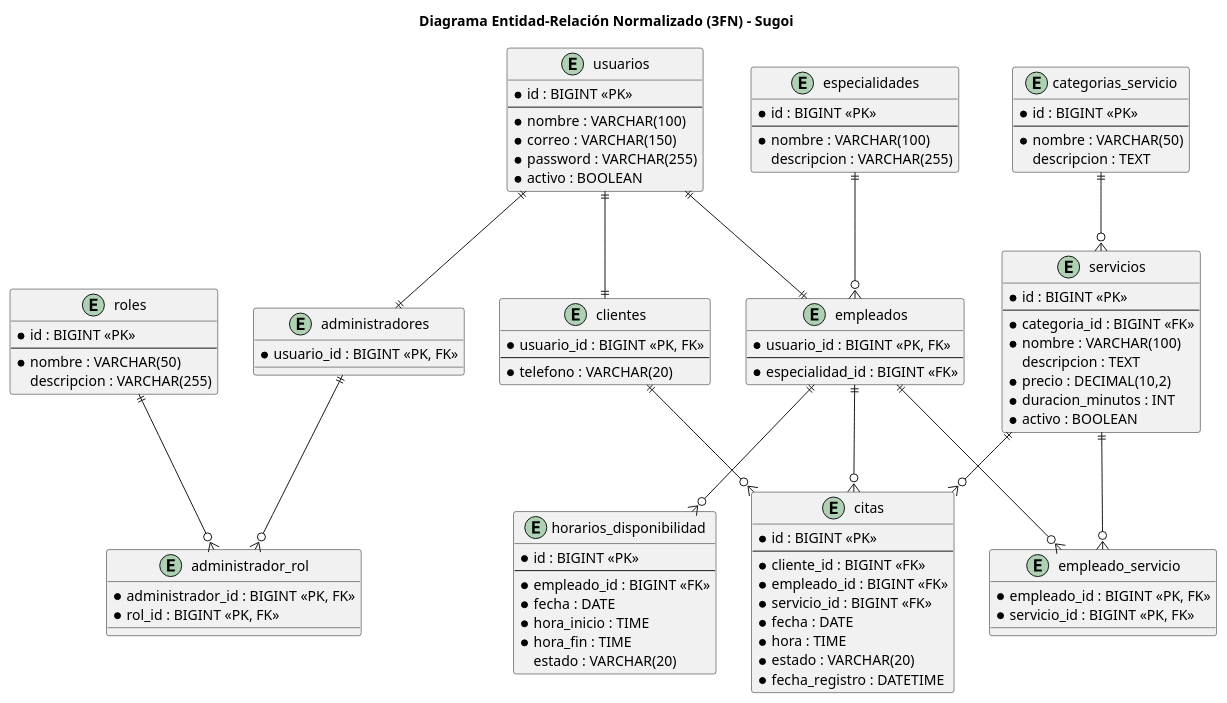
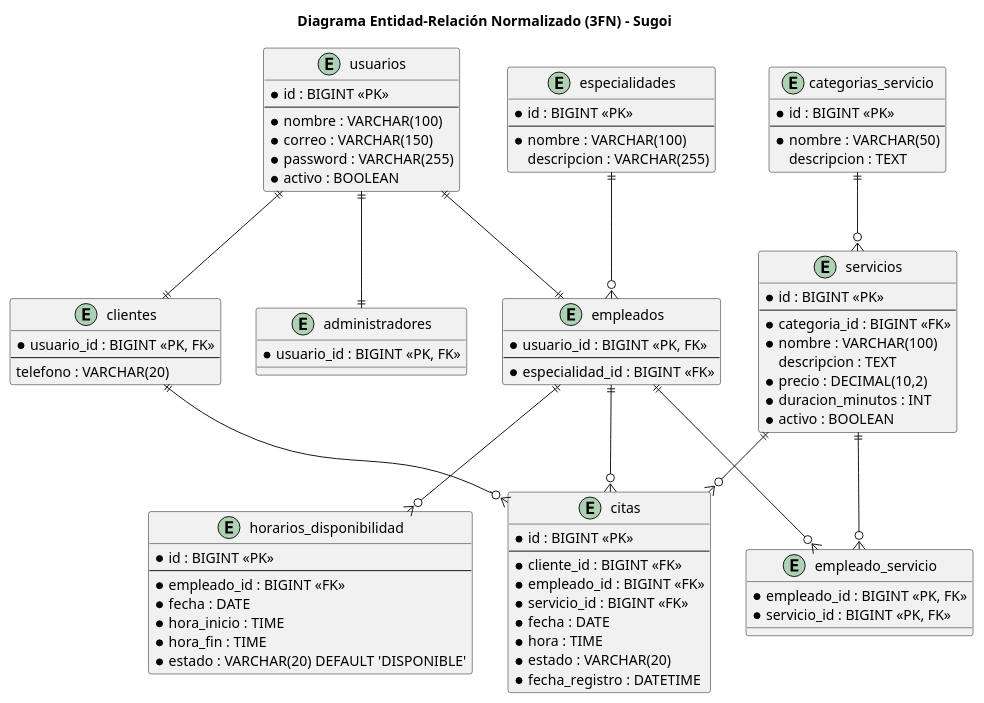
The diagram in diagramas/diagrama_bd.puml (unice786/Plataforma-para-Gestion-de-Citas), drawn with PlantUML before and after one commit. The commit also changed 19 other files, not shown here.

```diff
--- a/diagramas/diagrama_bd.puml
+++ b/diagramas/diagrama_bd.puml
@@ -1,111 +1,97 @@
 @startuml
 title Diagrama Entidad-Relación Normalizado (3FN) - Sugoi
 
 entity "usuarios" as usuarios {
   * id : BIGINT <<PK>>
   --
   * nombre : VARCHAR(100)
   * correo : VARCHAR(150)
   * password : VARCHAR(255)
   * activo : BOOLEAN
 }
 
 entity "clientes" as clientes {
   * usuario_id : BIGINT <<PK, FK>>
   --
-  * telefono : VARCHAR(20)
+  telefono : VARCHAR(20)
 }
 
 entity "especialidades" as especialidades {
   * id : BIGINT <<PK>>
   --
   * nombre : VARCHAR(100)
   descripcion : VARCHAR(255)
 }
 
 entity "empleados" as empleados {
   * usuario_id : BIGINT <<PK, FK>>
   --
   * especialidad_id : BIGINT <<FK>>
 }
 
-entity "roles" as roles {
-  * id : BIGINT <<PK>>
-  --
-  * nombre : VARCHAR(50)
-  descripcion : VARCHAR(255)
-}
-
 entity "administradores" as administradores {
   * usuario_id : BIGINT <<PK, FK>>
-}
-
-entity "administrador_rol" as admin_rol {
-  * administrador_id : BIGINT <<PK, FK>>
-  * rol_id : BIGINT <<PK, FK>>
 }
 
 entity "categorias_servicio" as categorias {
   * id : BIGINT <<PK>>
   --
   * nombre : VARCHAR(50)
   descripcion : TEXT
 }
 
 entity "servicios" as servicios {
   * id : BIGINT <<PK>>
   --
   * categoria_id : BIGINT <<FK>>
   * nombre : VARCHAR(100)
   descripcion : TEXT
   * precio : DECIMAL(10,2)
   * duracion_minutos : INT
   * activo : BOOLEAN
 }
 
 entity "horarios_disponibilidad" as horarios {
   * id : BIGINT <<PK>>
   --
   * empleado_id : BIGINT <<FK>>
   * fecha : DATE
   * hora_inicio : TIME
   * hora_fin : TIME
-  estado : VARCHAR(20)
+  * estado : VARCHAR(20) DEFAULT 'DISPONIBLE'
 }
 
 entity "citas" as citas {
   * id : BIGINT <<PK>>
   --
   * cliente_id : BIGINT <<FK>>
   * empleado_id : BIGINT <<FK>>
   * servicio_id : BIGINT <<FK>>
   * fecha : DATE
   * hora : TIME
   * estado : VARCHAR(20)
   * fecha_registro : DATETIME
 }
 
 entity "empleado_servicio" as emp_serv {
   * empleado_id : BIGINT <<PK, FK>>
   * servicio_id : BIGINT <<PK, FK>>
 }
 
 ' Herencia
 usuarios ||--|| clientes
 usuarios ||--|| empleados
 usuarios ||--|| administradores
 
-' Catálogos y Seguridad
+' Catálogos
 especialidades ||--o{ empleados
 categorias ||--o{ servicios
-administradores ||--o{ admin_rol
-roles ||--o{ admin_rol
 
 ' Operaciones
 empleados ||--o{ horarios
 clientes ||--o{ citas
 empleados ||--o{ citas
 servicios ||--o{ citas
 empleados ||--o{ emp_serv
 servicios ||--o{ emp_serv
 @enduml
```
